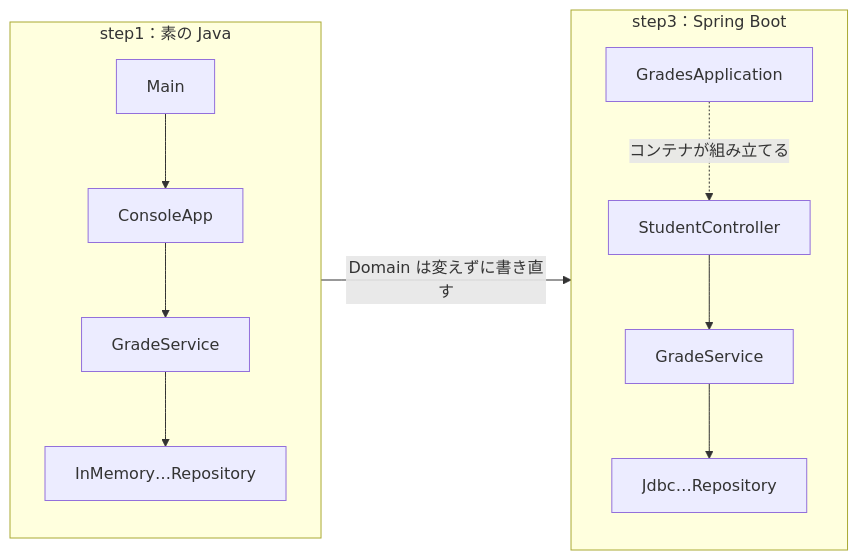
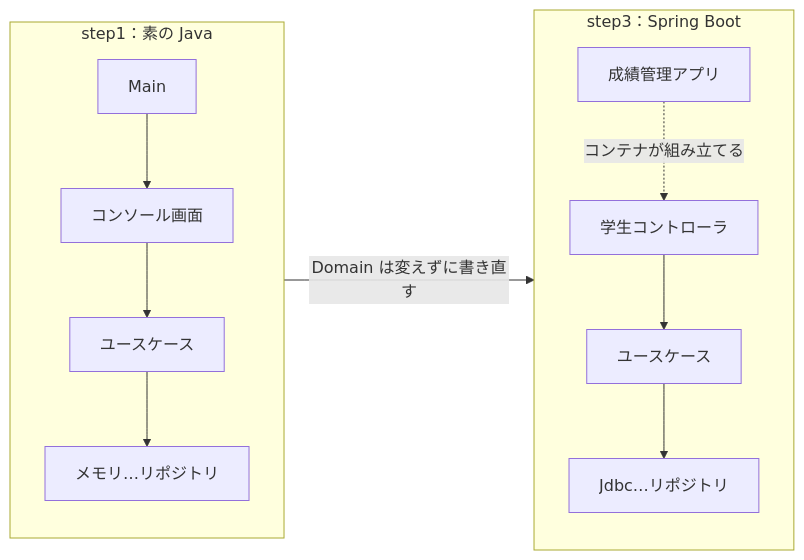
One commit to YTS0418/PRMN_SYSTEM_Lecture changed the second of 2 diagrams in 4層アーキテクチャ/07_Spring_Bootで書き直す.md. Above: the diagram before and after it, drawn with Mermaid. The commit also changed other lines of this file and 14 other files, not shown here.

````diff
--- a/4層アーキテクチャ/07_Spring_Bootで書き直す.md
+++ b/4層アーキテクチャ/07_Spring_Bootで書き直す.md
@@ -140,12 +138,12 @@
 ```mermaid
 flowchart LR
     subgraph step1["step1：素の Java"]
         direction TB
-        a1["Main"] --> b1["ConsoleApp"] --> c1["GradeService"] --> d1["InMemory…Repository"]
+        a1["Main"] --> b1["コンソール画面"] --> c1["ユースケース"] --> d1["メモリ…リポジトリ"]
     end
     subgraph step3["step3：Spring Boot"]
         direction TB
-        a3["GradesApplication"] -.->|"コンテナが組み立てる"| b3["StudentController"] --> c3["GradeService"] --> d3["Jdbc…Repository"]
+        a3["成績管理アプリ"] -.->|"コンテナが組み立てる"| b3["学生コントローラ"] --> c3["ユースケース"] --> d3["Jdbc…リポジトリ"]
     end
     step1 -->|"Domain は変えずに書き直す"| step3
 ```
````
